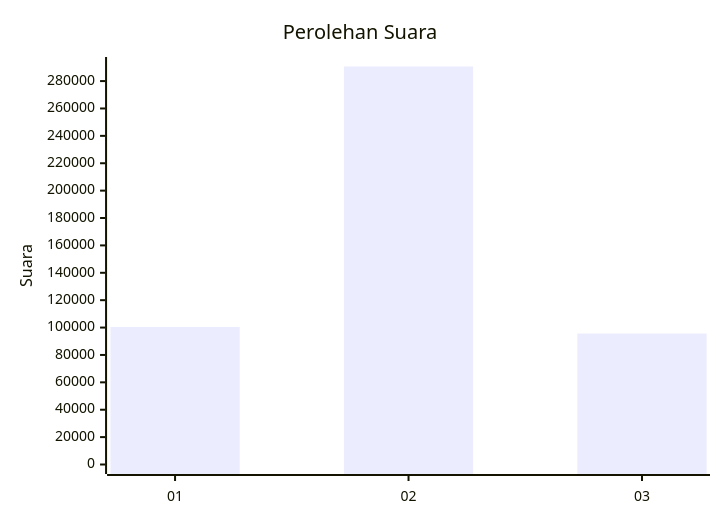
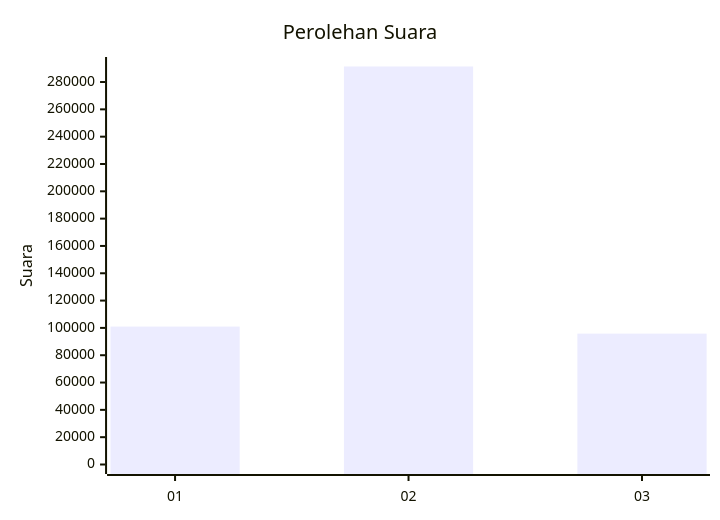
Before and after one commit to gigit-pemilu/pemilu-2024: the first of 2 diagrams in pilpres/hitung-suara/sub/table-wilayah-99.md, drawn with Mermaid. The commit also changed other lines of this file and 8 other files, not shown here.

````diff
--- a/pilpres/hitung-suara/sub/table-wilayah-99.md
+++ b/pilpres/hitung-suara/sub/table-wilayah-99.md
@@ -7,7 +7,7 @@
 ```mermaid
 xychart-beta
     title "Perolehan Suara"
     x-axis [01, 02, 03]
-    y-axis "Suara" 0 --> 290651
-    bar [100431, 290651, 95651]
+    y-axis "Suara" 0 --> 291368
+    bar [100977, 291368, 95826]
 ```
````
